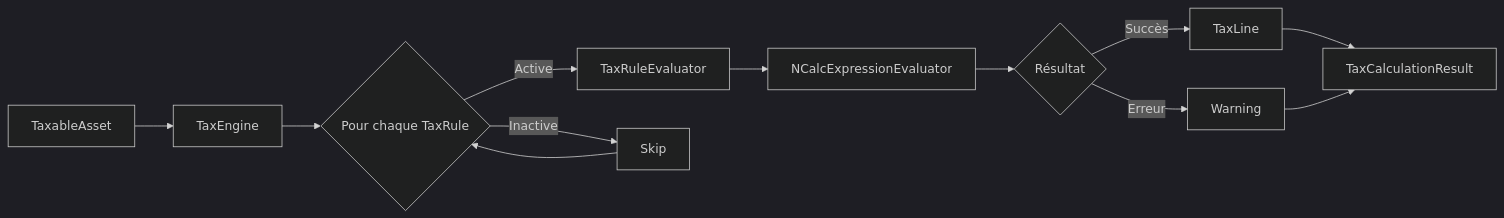
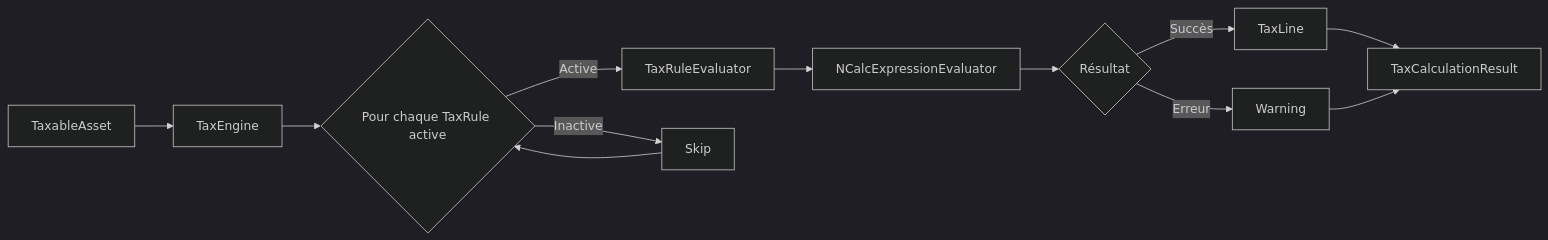
Before and after one commit to daniwxcode/TaxFlow: the ninth of 12 diagrams in docs/DOMAIN.md, drawn with Mermaid (dark theme). The commit also changed other lines of this file, not shown here.

````diff
--- a/docs/DOMAIN.md
+++ b/docs/DOMAIN.md
@@ -1120,14 +1202,14 @@
 ```mermaid
 flowchart LR
     A[TaxableAsset] --> B[TaxEngine]
-    B --> C{Pour chaque TaxRule}
+    B --> C{Pour chaque TaxRule active}
     C -->|Active| D[TaxRuleEvaluator]
     C -->|Inactive| E[Skip]
     D --> F[NCalcExpressionEvaluator]
     F --> G{Résultat}
     G -->|Succès| H[TaxLine]
     G -->|Erreur| I[Warning]
     H --> J[TaxCalculationResult]
     I --> J
     E --> C
 ```
````
